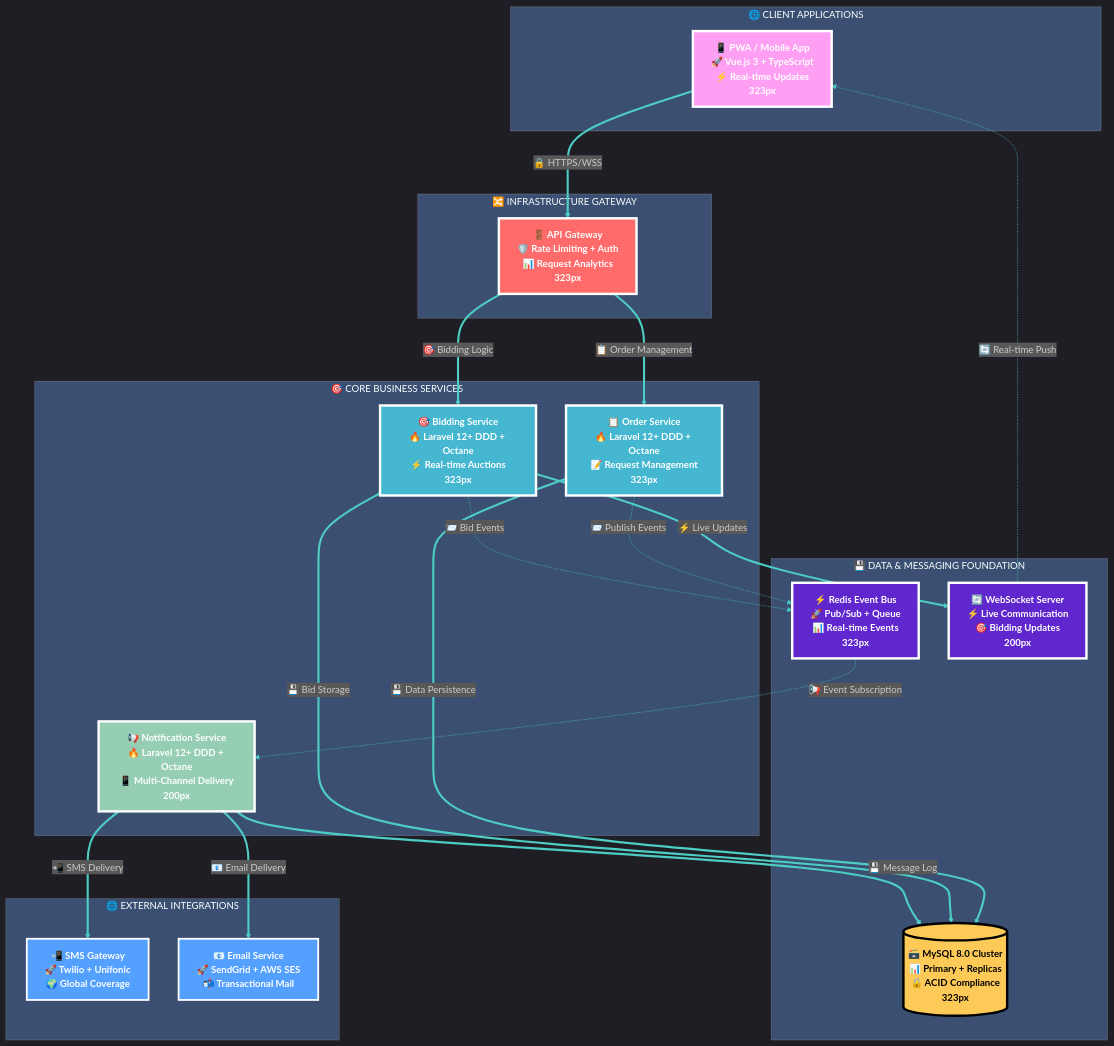
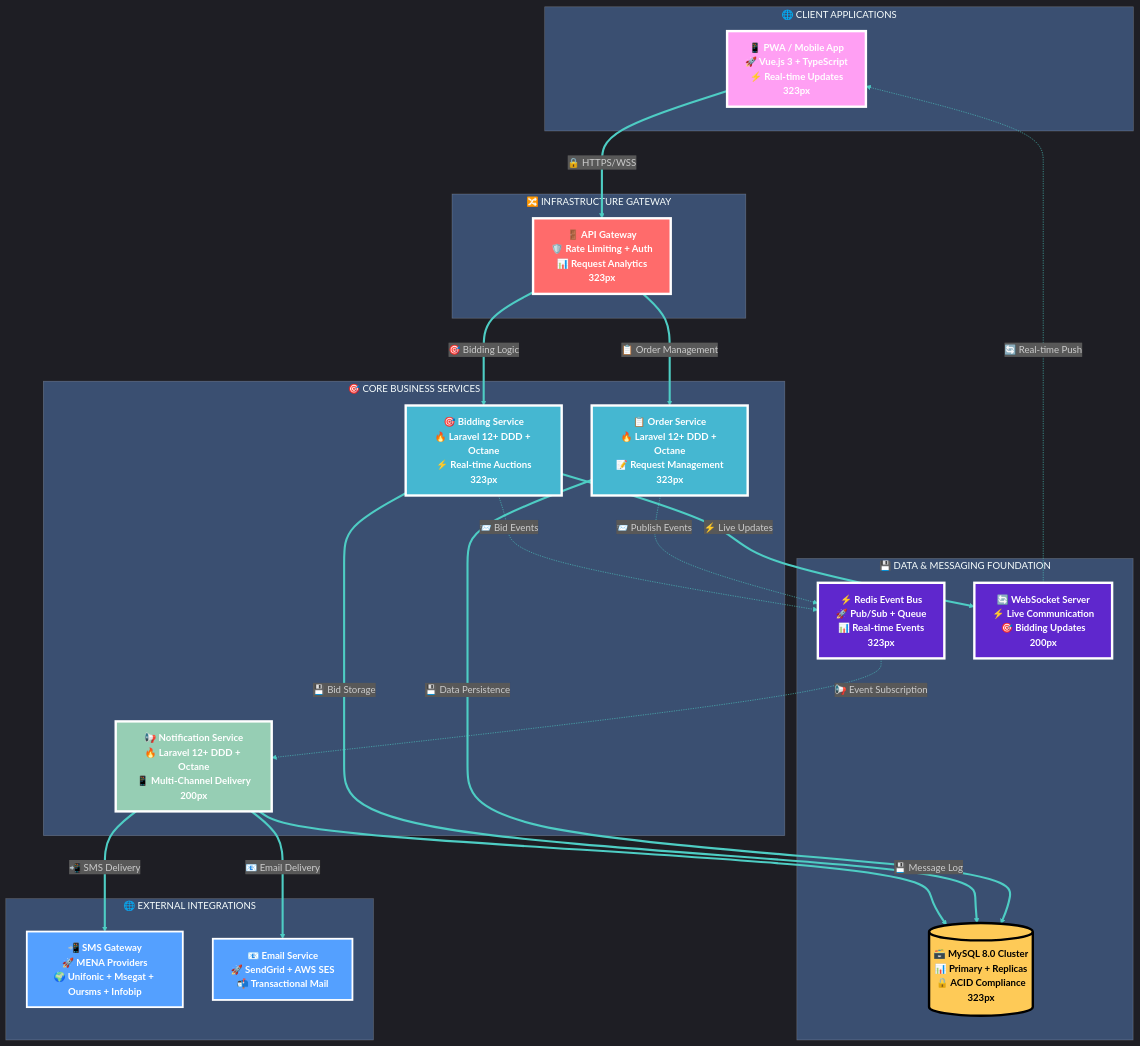
One commit to abdoElHodaky/larvrevrstender changed the first of 2 diagrams in diagrams/bidding-system-flow.md. Above: the diagram before and after it, drawn with Mermaid. The commit also changed 6 other files, not shown here.

```diff
--- a/diagrams/bidding-system-flow.md
+++ b/diagrams/bidding-system-flow.md
@@ -50,7 +50,7 @@
     end
 
     subgraph "🌐 EXTERNAL INTEGRATIONS"
-        SMS["📲 SMS Gateway<br/>🚀 Twilio + Unifonic<br/>🌍 Global Coverage"]
+        SMS["📲 SMS Gateway<br/>🚀 MENA Providers<br/>🌍 Unifonic + Msegat + Oursms + Infobip"]
         Email["📧 Email Service<br/>🚀 SendGrid + AWS SES<br/>📬 Transactional Mail"]
     end
 
```
